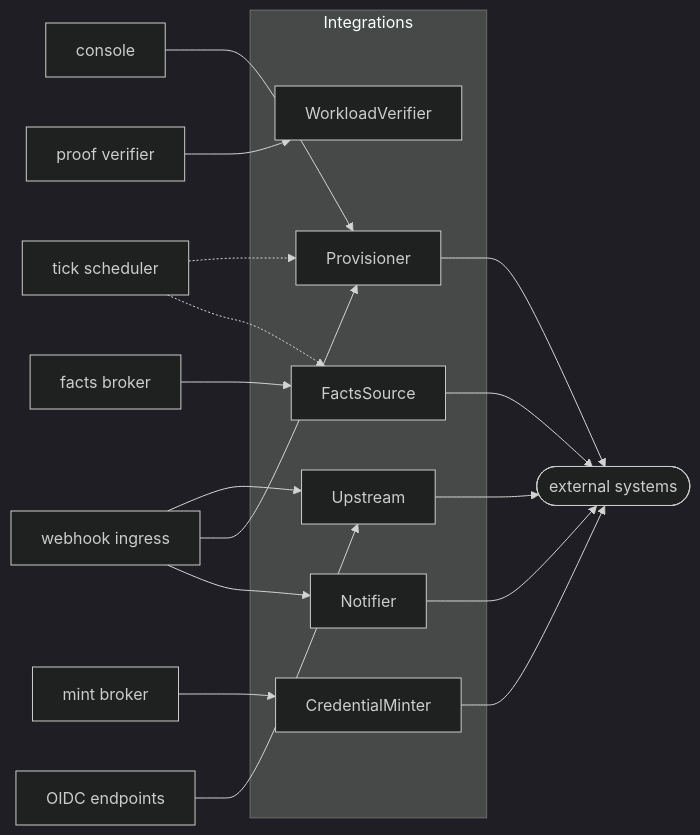
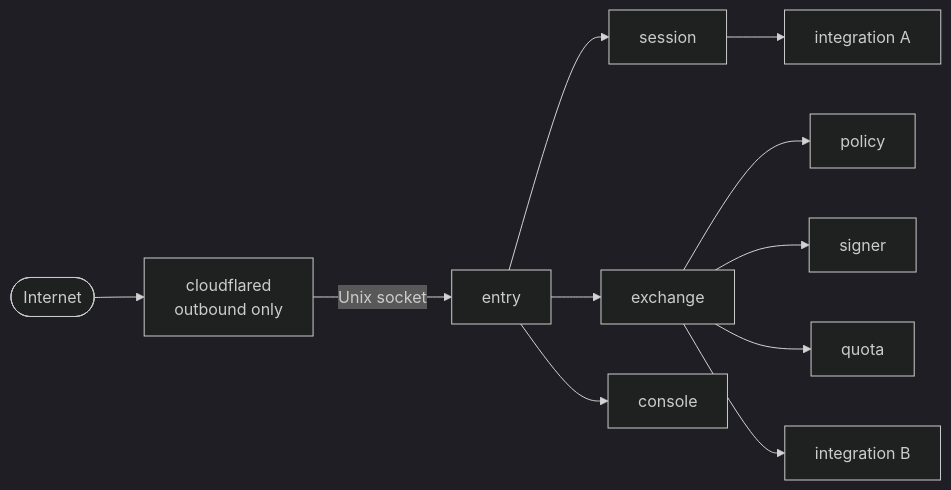
Before and after one commit to truvity/sluis: the fifth of 7 diagrams in docs/architecture/components.md, drawn with Mermaid (dark theme). The commit also changed other lines of this file and 118 other files, not shown here.

````diff
--- a/docs/architecture/components.md
+++ b/docs/architecture/components.md
@@ -236,37 +295,13 @@
 ```mermaid
 flowchart LR
-  oidc["OIDC endpoints"]
-  hook["webhook ingress"]
-  con["console"]
-  proof["proof verifier"]
-  facts["facts broker"]
-  mint["mint broker"]
-  tick["tick scheduler"]
-
-  subgraph INT["Integrations"]
-    ups["Upstream"]
-    ver["WorkloadVerifier"]
-    fsrc["FactsSource"]
-    cm["CredentialMinter"]
-    prov["Provisioner"]
-    notif["Notifier"]
-  end
-
-  ext(["external systems"])
-
-  oidc --> ups
-  proof --> ver
-  facts --> fsrc
-  mint --> cm
-  hook --> ups
-  hook --> prov
-  hook --> notif
-  con --> prov
-  tick -.-> prov
-  tick -.-> fsrc
-  prov --> ext
-  fsrc --> ext
-  cm --> ext
-  ups --> ext
-  notif --> ext
+  net(["Internet"]) --> cf["cloudflared<br/>outbound only"]
+  cf -->|"Unix socket"| entry["entry"]
+  entry --> sess["session"]
+  entry --> xchg["exchange"]
+  entry --> con["console"]
+  xchg --> policy["policy"]
+  xchg --> signer["signer"]
+  xchg --> quota["quota"]
+  sess --> ia["integration A"]
+  xchg --> ib["integration B"]
 ```
````
